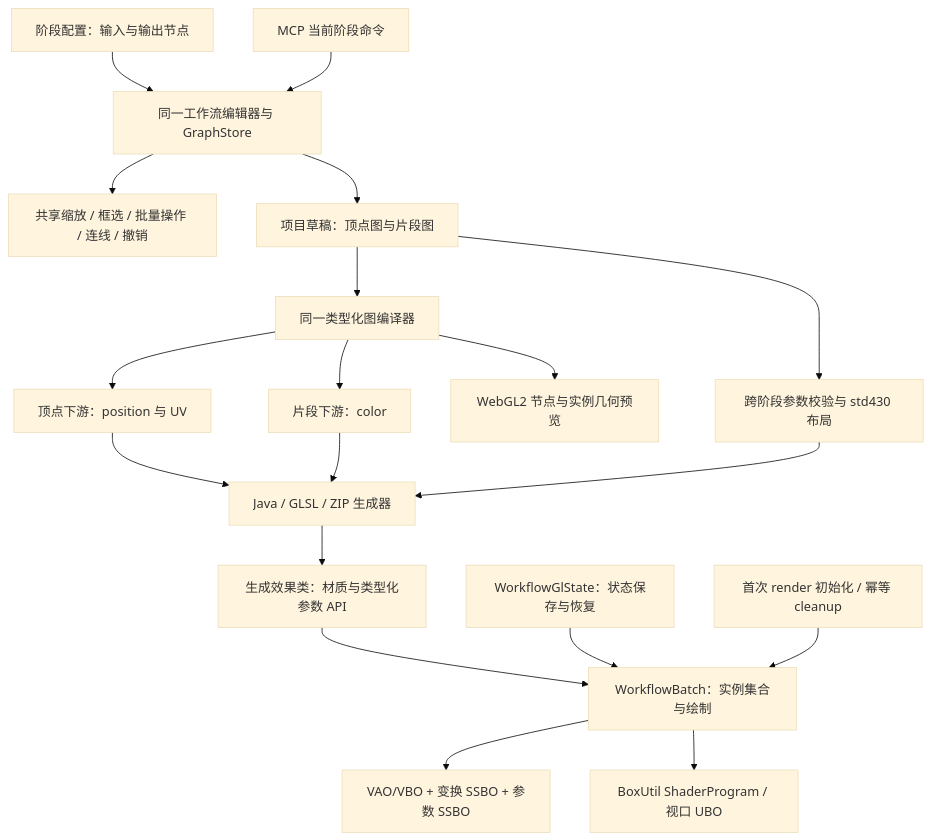
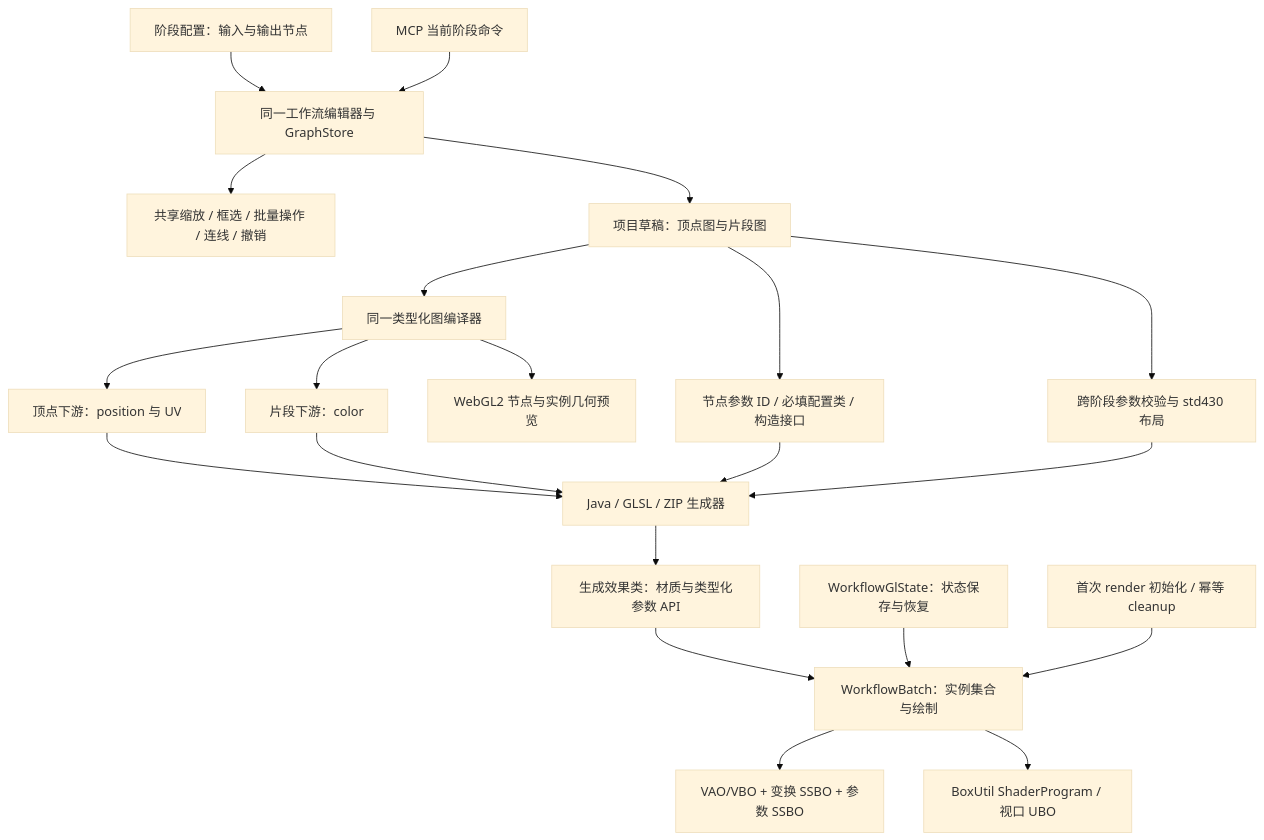
Before and after one commit to Eb-Ling/MengGodWorkflowStudio: the diagram in README.md, drawn with Mermaid (base theme). The commit also changed other lines of this file and 18 other files, not shown here.

````diff
--- a/README.md
+++ b/README.md
@@ -90,21 +94,23 @@
 ```mermaid
 flowchart TD
     Stage[阶段配置：输入与输出节点] --> Editor[同一工作流编辑器与 GraphStore]
     Editor --> Canvas[共享缩放 / 框选 / 批量操作 / 连线 / 撤销]
     Editor --> Draft[项目草稿：顶点图与片段图]
     MCP[MCP 当前阶段命令] --> Editor
     Draft --> Compiler[同一类型化图编译器]
     Compiler --> VS[顶点下游：position 与 UV]
     Compiler --> FS[片段下游：color]
+    Draft --> Contract[节点参数 ID / 必填配置类 / 构造接口]
+    Contract --> Export
     Draft --> ABI[跨阶段参数校验与 std430 布局]
     VS --> Export[Java / GLSL / ZIP 生成器]
     FS --> Export
     ABI --> Export
     Compiler --> Preview[WebGL2 节点与实例几何预览]
     Export --> Effect[生成效果类：材质与类型化参数 API]
     Effect --> Batch[WorkflowBatch：实例集合与绘制]
     Batch --> Buffers[VAO/VBO + 变换 SSBO + 参数 SSBO]
     Batch --> Box[BoxUtil ShaderProgram / 视口 UBO]
     Guard[WorkflowGlState：状态保存与恢复] --> Batch
     Lifecycle[首次 render 初始化 / 幂等 cleanup] --> Batch
 ```
````
